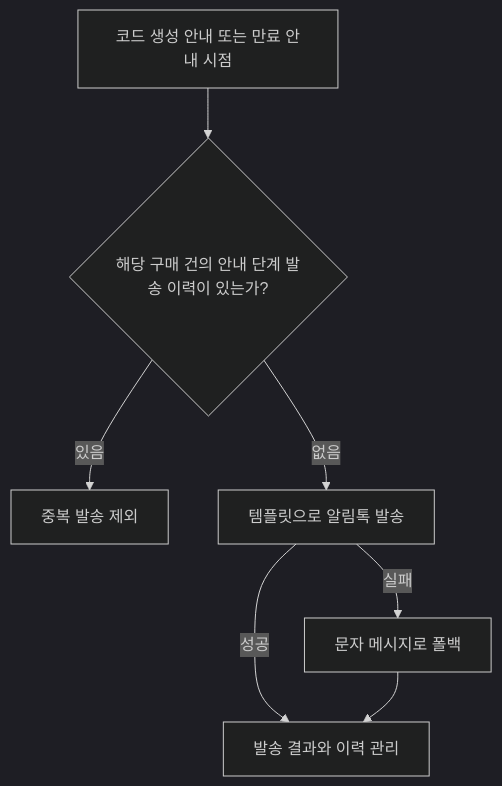
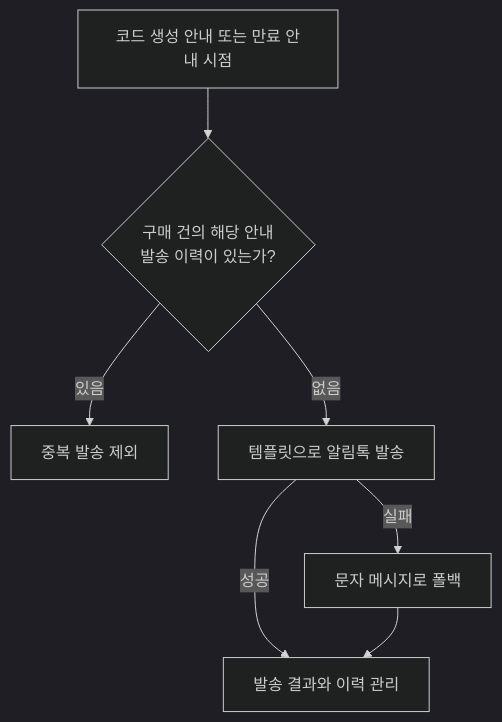
Before and after one commit to KimHG1995/work-history: the third of 4 diagrams in projects/education-services/promotion.md, drawn with Mermaid (dark theme). The commit also changed other lines of this file and 18 other files, not shown here.

Commit message:
docs: 공개 Mermaid 다이어그램 가독성 전수 개선

````diff
--- a/projects/education-services/promotion.md
+++ b/projects/education-services/promotion.md
@@ -116,9 +116,9 @@
 ```mermaid
 flowchart TB
-    notice["코드 생성 안내 또는 만료 안내 시점"] --> history{"해당 구매 건의 안내 단계 발송 이력이 있는가?"}
+    notice["코드 생성 안내 또는 만료 안내 시점"] --> history{"구매 건의 해당 안내<br/>발송 이력이 있는가?"}
     history -->|있음| skip["중복 발송 제외"]
     history -->|없음| talk["템플릿으로 알림톡 발송"]
     talk -->|실패| fallback["문자 메시지로 폴백"]
     talk -->|성공| log["발송 결과와 이력 관리"]
     fallback --> log
 ```
````
